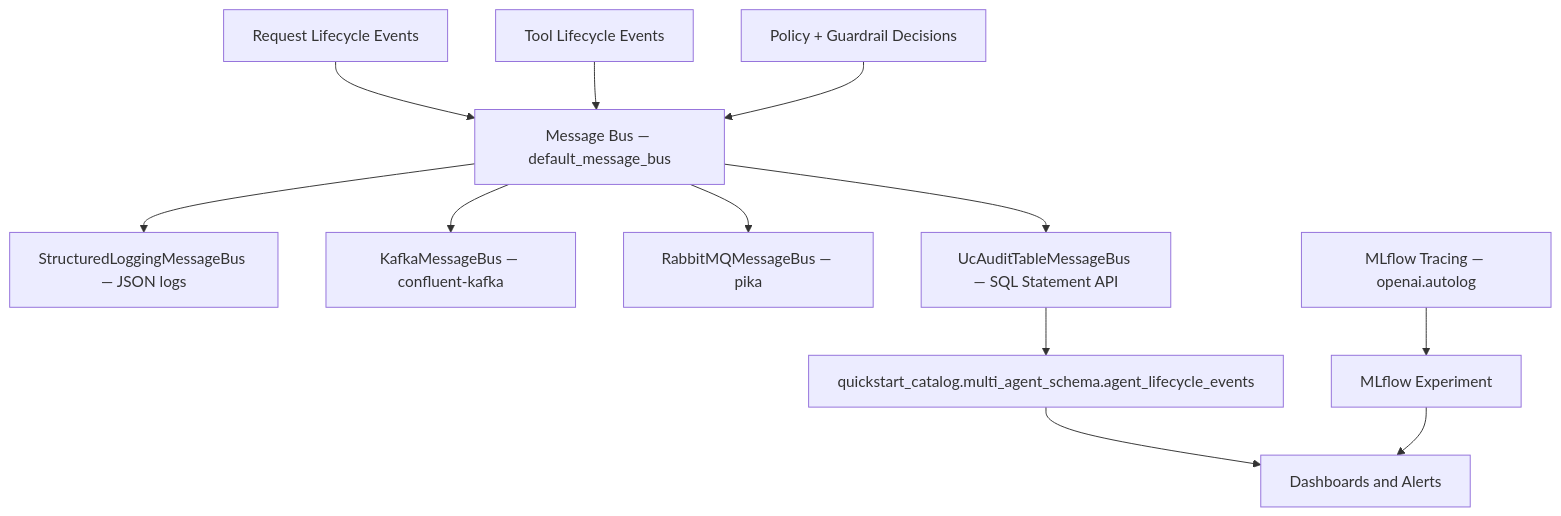
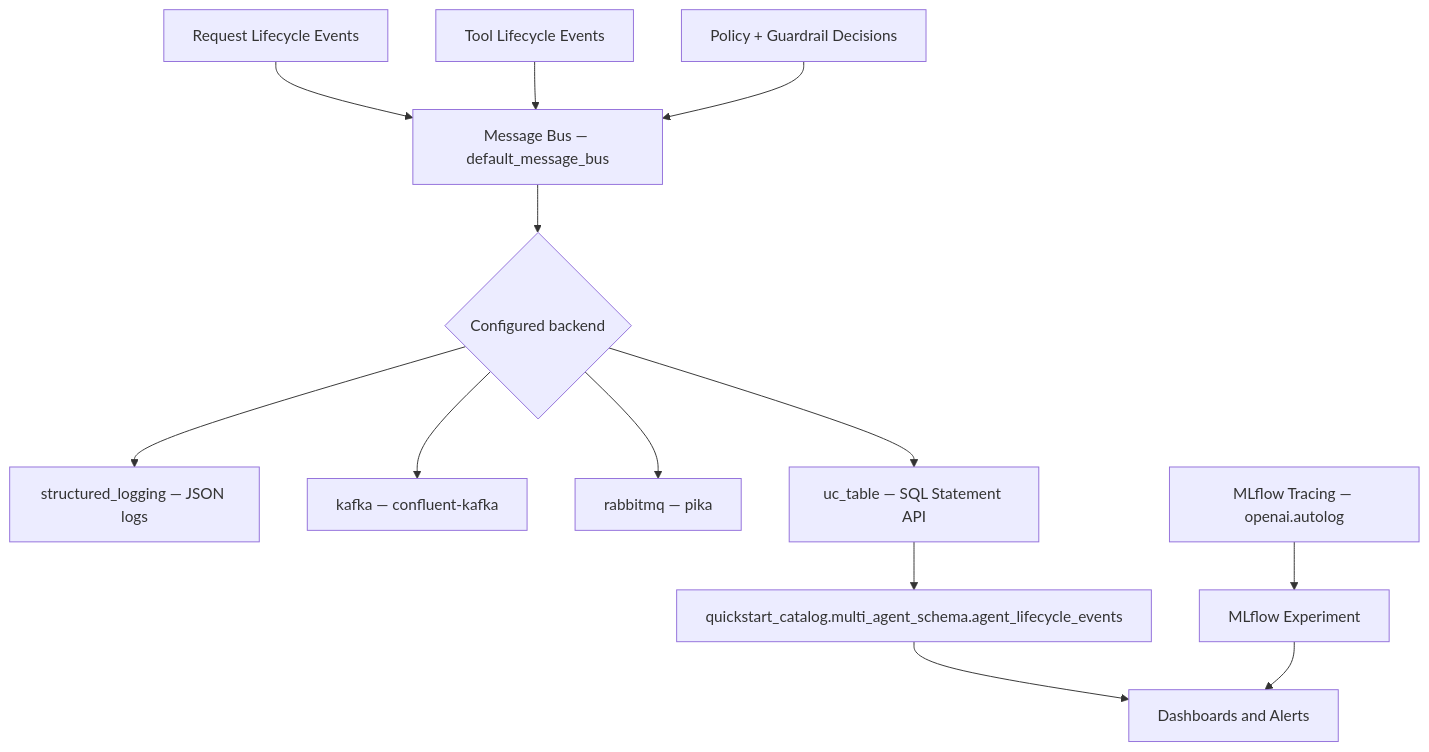
Before and after one commit to wchen-dea/Governed-Multi-Agent-Intelligence-on-Databricks: the third of 5 diagrams in docs/architecture/design-artifacts/06-deployment-detailed.md, drawn with Mermaid. The commit also changed other lines of this file and 114 other files, not shown here.

````diff
--- a/docs/architecture/design-artifacts/06-deployment-detailed.md
+++ b/docs/architecture/design-artifacts/06-deployment-detailed.md
@@ -48,17 +48,18 @@
 ```mermaid
 flowchart TB
     Req[Request Lifecycle Events] --> MB[Message Bus — default_message_bus]
     Tool[Tool Lifecycle Events] --> MB
     Pol[Policy + Guardrail Decisions] --> MB
 
-    MB --> Log[StructuredLoggingMessageBus — JSON logs]
-    MB --> Kafka[KafkaMessageBus — confluent-kafka]
-    MB --> Rabbit[RabbitMQMessageBus — pika]
-    MB --> UCT[UcAuditTableMessageBus — SQL Statement API]
+    MB --> Select{Configured backend}
+    Select --> Log[structured_logging — JSON logs]
+    Select --> Kafka[kafka — confluent-kafka]
+    Select --> Rabbit[rabbitmq — pika]
+    Select --> UCT[uc_table — SQL Statement API]
 
     UCT --> Delta[quickstart_catalog.multi_agent_schema.agent_lifecycle_events]
     Delta --> Dash[Dashboards and Alerts]
 
     Trace[MLflow Tracing — openai.autolog] --> Exp[MLflow Experiment]
     Exp --> Dash
 ```
````
